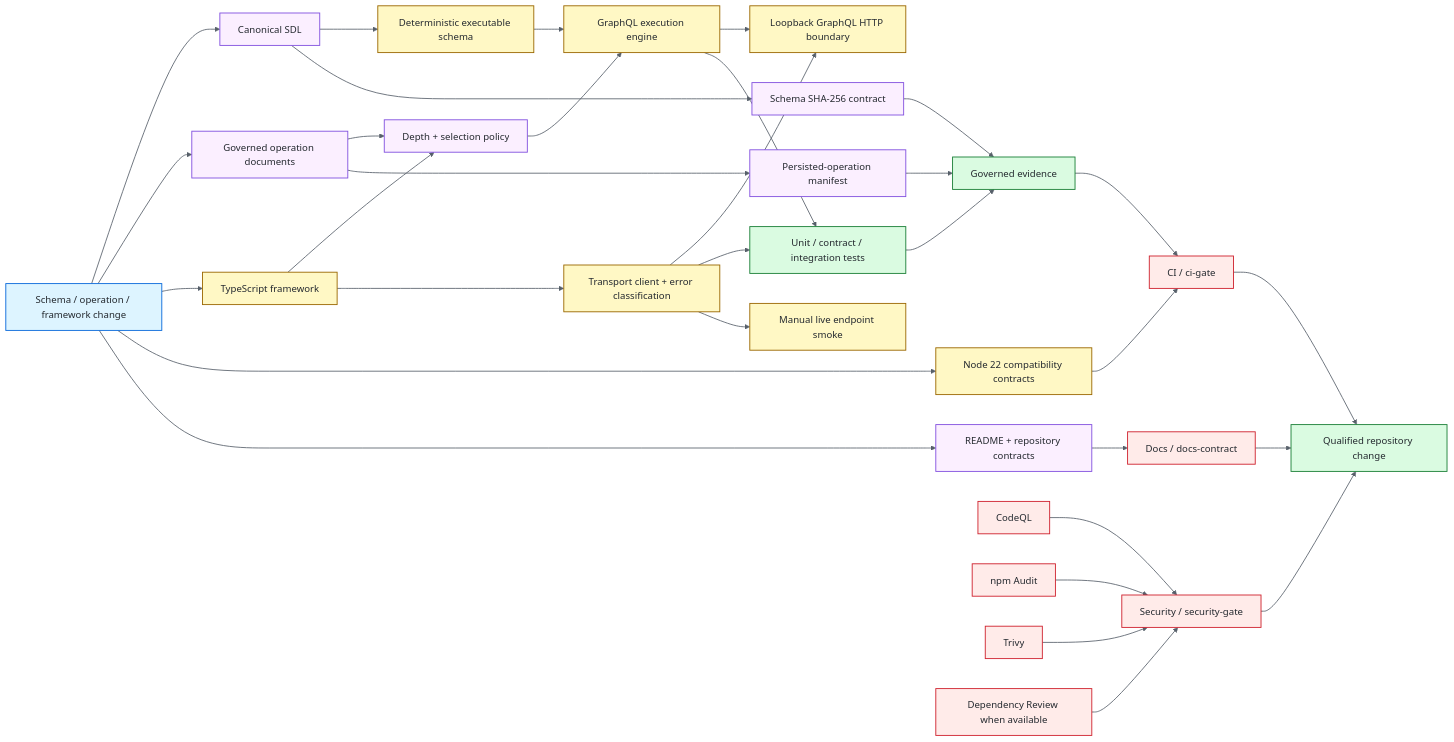
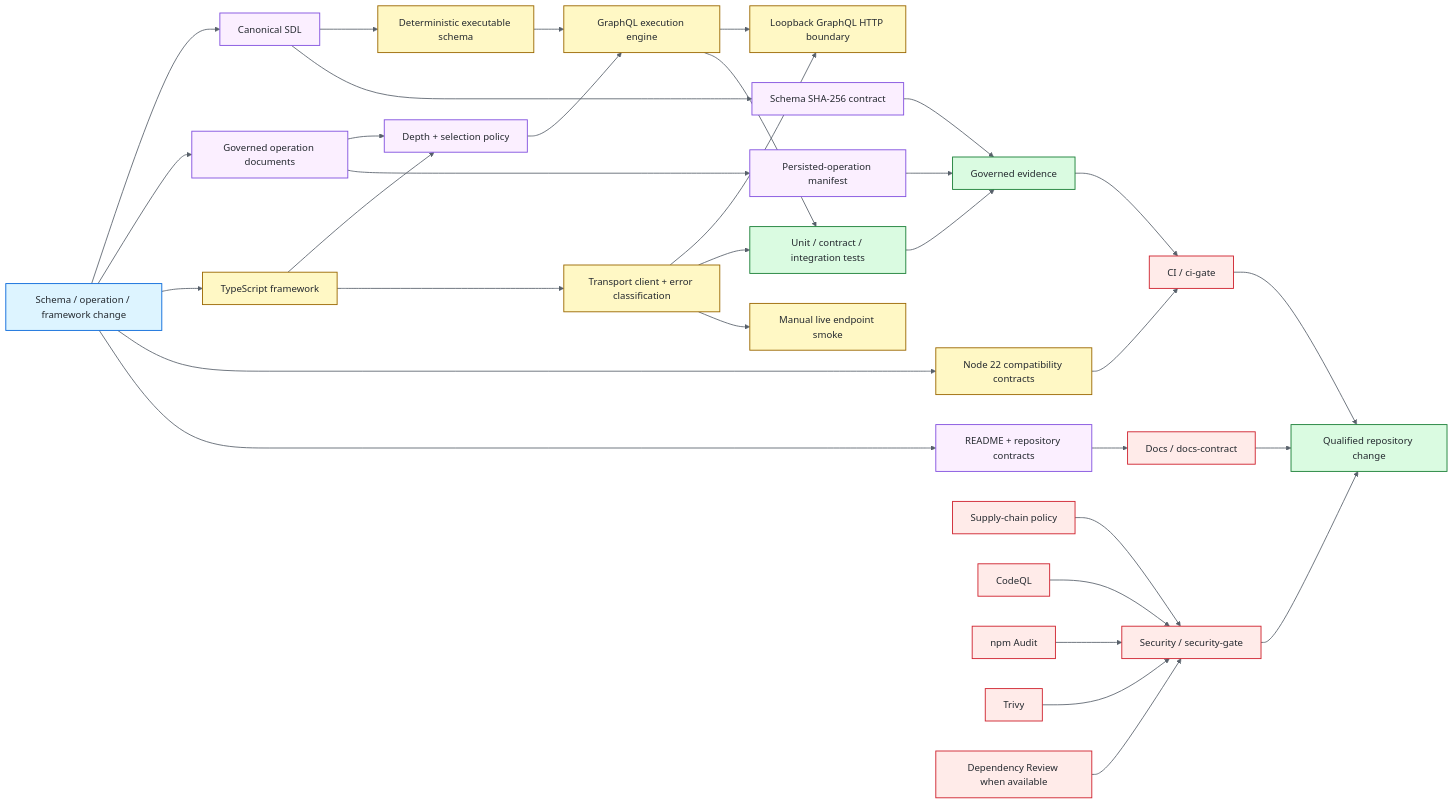
One commit to portyu9/qa-automation-graphql changed the diagram in README.md. Above: the diagram before and after it, drawn with Mermaid. The commit also changed other lines of this file, not shown here.

Commit message:
docs: show supply-chain policy in security architecture

````diff
--- a/README.md
+++ b/README.md
@@ -43,53 +43,54 @@
 ```mermaid
 flowchart LR
     CHANGE[Schema / operation / framework change] --> SDL[Canonical SDL]
     CHANGE --> OPS[Governed operation documents]
     CHANGE --> CODE[TypeScript framework]
 
     SDL --> SCHEMA[Deterministic executable schema]
     SCHEMA --> EXEC[GraphQL execution engine]
     CODE --> POLICY[Depth + selection policy]
     OPS --> POLICY
     POLICY --> EXEC
 
     CODE --> CLIENT[Transport client + error classification]
     EXEC --> LOOP[Loopback GraphQL HTTP boundary]
     CLIENT --> LOOP
 
     SDL --> SF[Schema SHA-256 contract]
     OPS --> MANIFEST[Persisted-operation manifest]
     EXEC --> TESTS[Unit / contract / integration tests]
     CLIENT --> TESTS
     SF --> EVIDENCE[Governed evidence]
     MANIFEST --> EVIDENCE
     TESTS --> EVIDENCE
     EVIDENCE --> CIGATE[CI / ci-gate]
     CHANGE --> NODE22[Node 22 compatibility contracts]
     NODE22 --> CIGATE
 
     CLIENT --> LIVE[Manual live endpoint smoke]
 
     CHANGE --> DOCS[README + repository contracts]
     DOCS --> DG[Docs / docs-contract]
 
-    SAST[CodeQL] --> SG[Security / security-gate]
+    SUPPLY[Supply-chain policy] --> SG[Security / security-gate]
+    SAST[CodeQL] --> SG
     AUDIT[npm Audit] --> SG
     TRIVY[Trivy] --> SG
     REVIEW[Dependency Review when available] --> SG
 
     CIGATE --> RESULT[Qualified repository change]
     DG --> RESULT
     SG --> RESULT
 
     classDef entry fill:#ddf4ff,stroke:#0969da,color:#24292f,stroke-width:1.5px;
     classDef contract fill:#fbefff,stroke:#8250df,color:#24292f,stroke-width:1.5px;
     classDef runtime fill:#fff8c5,stroke:#9a6700,color:#24292f,stroke-width:1.5px;
     classDef evidence fill:#dafbe1,stroke:#1a7f37,color:#24292f,stroke-width:1.5px;
     classDef gate fill:#ffebe9,stroke:#cf222e,color:#24292f,stroke-width:1.5px;
     class CHANGE entry;
     class SDL,OPS,POLICY,SF,MANIFEST,DOCS contract;
     class SCHEMA,EXEC,CODE,CLIENT,LOOP,LIVE,NODE22 runtime;
     class TESTS,EVIDENCE,RESULT evidence;
-    class CIGATE,DG,SAST,AUDIT,TRIVY,REVIEW,SG gate;
+    class CIGATE,DG,SUPPLY,SAST,AUDIT,TRIVY,REVIEW,SG gate;
     linkStyle default stroke:#57606a,stroke-width:1.4px;
 ```
````
